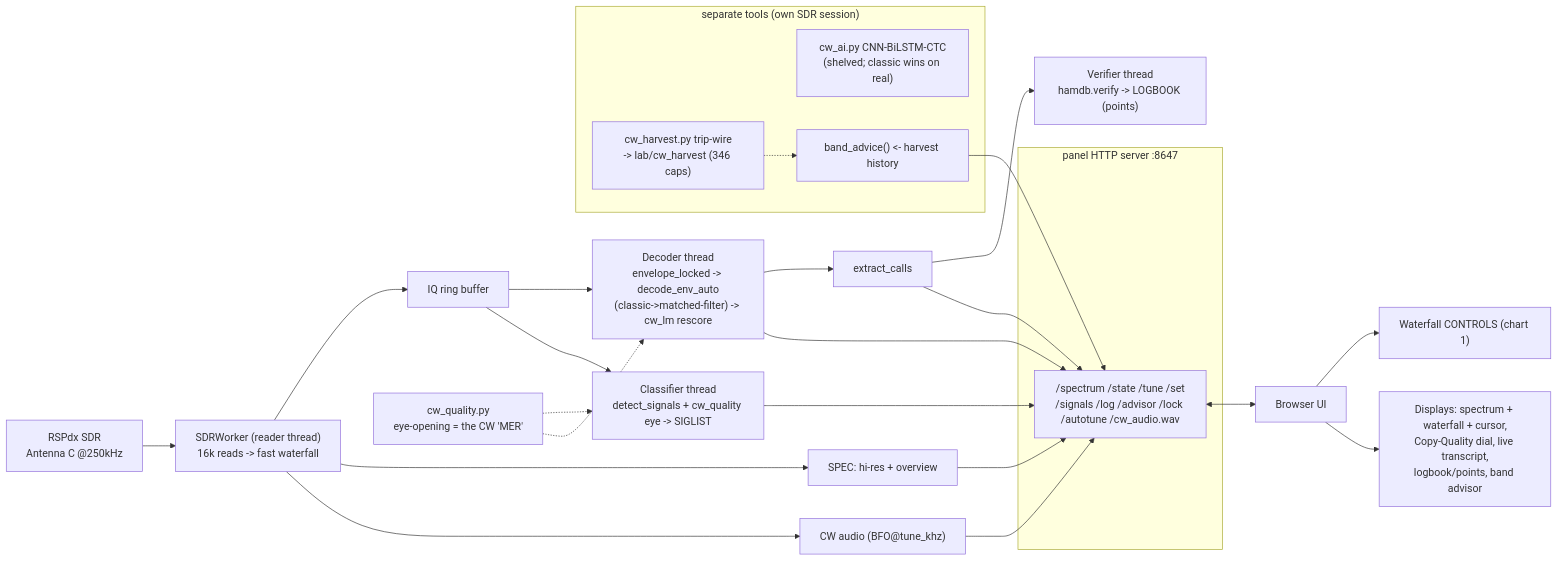
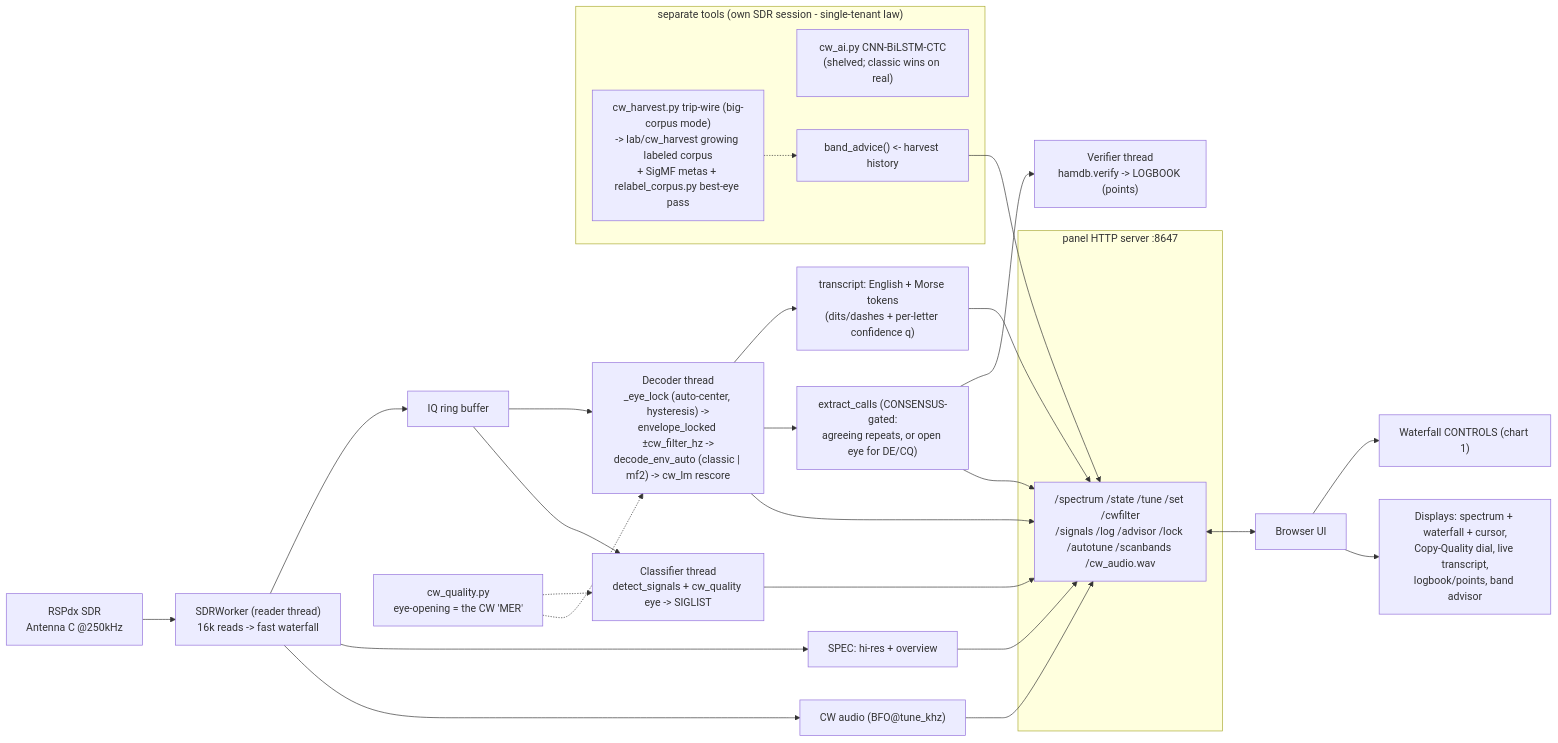
The second of 3 diagrams in docs/CONTROLS.md (Felbs/hamTuna), drawn with Mermaid before and after one commit. The commit also changed other lines of this file and 2 other files, not shown here.

First line of the commit message:
Panel: CW filter + auto-centering lock + Morse-trainer transcript

````diff
--- a/docs/CONTROLS.md
+++ b/docs/CONTROLS.md
@@ -97,36 +110,38 @@
 ```mermaid
 flowchart LR
   SDR["RSPdx SDR<br/>Antenna C @250kHz"] --> RD["SDRWorker (reader thread)<br/>16k reads -> fast waterfall"]
   RD --> RING["IQ ring buffer"]
   RD --> SPEC["SPEC: hi-res + overview"]
   RD --> AUD["CW audio (BFO@tune_khz)"]
 
-  RING --> DEC["Decoder thread<br/>envelope_locked -> decode_env_auto<br/>(classic->matched-filter) -> cw_lm rescore"]
-  RING --> CLS["Classifier thread<br/>detect_signals + cw_quality eye -> SIGLIST"]
-  DEC --> LOG["extract_calls"]
-  LOG --> VER["Verifier thread<br/>hamdb.verify -> LOGBOOK (points)"]
+  RING --> DEC["Decoder thread<br/>_eye_lock (auto-center, hysteresis) -&gt;<br/>envelope_locked &plusmn;cw_filter_hz -&gt;<br/>decode_env_auto (classic | mf2) -&gt; cw_lm rescore"]
+  RING --> CLS["Classifier thread<br/>detect_signals + cw_quality eye -&gt; SIGLIST"]
+  DEC --> XS["transcript: English + Morse tokens<br/>(dits/dashes + per-letter confidence q)"]
+  DEC --> LOG["extract_calls (CONSENSUS-gated:<br/>agreeing repeats, or open eye for DE/CQ)"]
+  LOG --> VER["Verifier thread<br/>hamdb.verify -&gt; LOGBOOK (points)"]
 
   subgraph SRV["panel HTTP server :8647"]
-    EP["/spectrum /state /tune /set<br/>/signals /log /advisor /lock /autotune /cw_audio.wav"]
+    EP["/spectrum /state /tune /set /cwfilter<br/>/signals /log /advisor /lock /autotune /scanbands /cw_audio.wav"]
   end
+  XS --> EP
   SPEC --> EP
   DEC --> EP
   CLS --> EP
   LOG --> EP
   AUD --> EP
 
   EP <--> UI["Browser UI"]
   UI --> CTRL["Waterfall CONTROLS (chart 1)"]
   UI --> DISP["Displays: spectrum + waterfall + cursor,<br/>Copy-Quality dial, live transcript,<br/>logbook/points, band advisor"]
 
   QUAL["cw_quality.py<br/>eye-opening = the CW 'MER'"] -.-> CLS
   QUAL -.-> DEC
 
-  subgraph SIDE["separate tools (own SDR session)"]
-    HARV["cw_harvest.py trip-wire<br/>-> lab/cw_harvest (346 caps)"]
+  subgraph SIDE["separate tools (own SDR session - single-tenant law)"]
+    HARV["cw_harvest.py trip-wire (big-corpus mode)<br/>-&gt; lab/cw_harvest growing labeled corpus<br/>+ SigMF metas + relabel_corpus.py best-eye pass"]
     AI["cw_ai.py CNN-BiLSTM-CTC<br/>(shelved; classic wins on real)"]
-    ADV["band_advice() <- harvest history"]
+    ADV["band_advice() &lt;- harvest history"]
   end
   HARV -.-> ADV
   ADV --> EP
 ```
````
